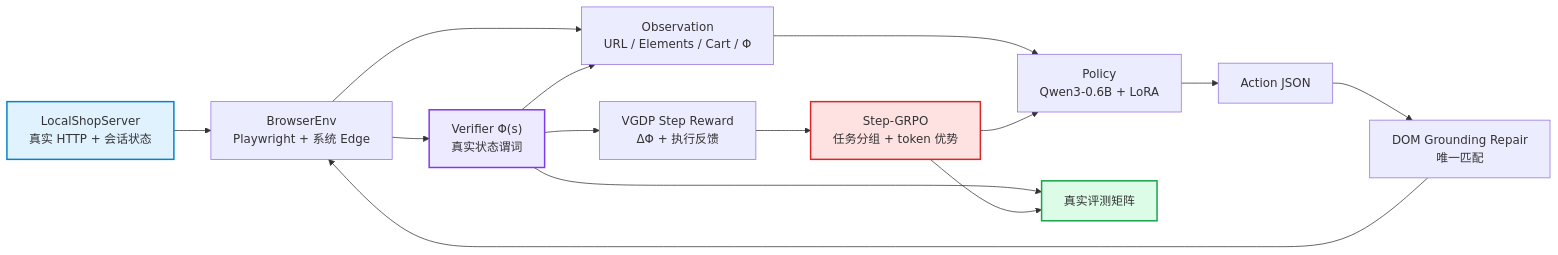
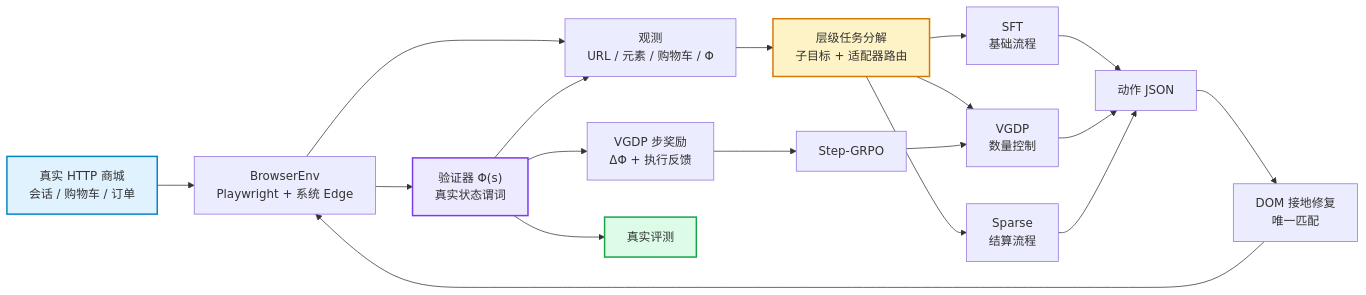
Before and after one commit to ShaneLiu04/Step-RL: the diagram in README.md, drawn with Mermaid. The commit also changed other lines of this file and 14 other files, not shown here.

````diff
--- a/README.md
+++ b/README.md
@@ -210,21 +95,25 @@
 ```mermaid
 flowchart LR
-    S["LocalShopServer<br/>真实 HTTP + 会话状态"] --> B["BrowserEnv<br/>Playwright + 系统 Edge"]
-    B --> O["Observation<br/>URL / Elements / Cart / Φ"]
-    O --> P["Policy<br/>Qwen3-0.6B + LoRA"]
-    P --> A["Action JSON"]
-    A --> G["DOM Grounding Repair<br/>唯一匹配"]
+    S["真实 HTTP 商城<br/>会话 / 购物车 / 订单"] --> B["BrowserEnv<br/>Playwright + 系统 Edge"]
+    B --> O["观测<br/>URL / 元素 / 购物车 / Φ"]
+    O --> H["层级任务分解<br/>子目标 + 适配器路由"]
+    H --> P1["SFT<br/>基础流程"]
+    H --> P2["VGDP<br/>数量控制"]
+    H --> P3["Sparse<br/>结算流程"]
+    P1 --> A["动作 JSON"]
+    P2 --> A
+    P3 --> A
+    A --> G["DOM 接地修复<br/>唯一匹配"]
     G --> B
-    B --> V["Verifier Φ(s)<br/>真实状态谓词"]
-    V --> R["VGDP Step Reward<br/>ΔΦ + 执行反馈"]
-    R --> T["Step-GRPO<br/>任务分组 + token 优势"]
-    T --> P
+    B --> V["验证器 Φ(s)<br/>真实状态谓词"]
+    V --> R["VGDP 步奖励<br/>ΔΦ + 执行反馈"]
+    R --> T["Step-GRPO"]
+    T --> P2
     V --> O
-    V --> E["真实评测矩阵"]
-    T --> E
+    V --> E["真实评测"]
 
     style S fill:#e0f2fe,stroke:#0284c7,stroke-width:2px
     style V fill:#ede9fe,stroke:#7c3aed,stroke-width:2px
-    style T fill:#fee2e2,stroke:#dc2626,stroke-width:2px
+    style H fill:#fef3c7,stroke:#d97706,stroke-width:2px
     style E fill:#dcfce7,stroke:#16a34a,stroke-width:2px
 ```
````
